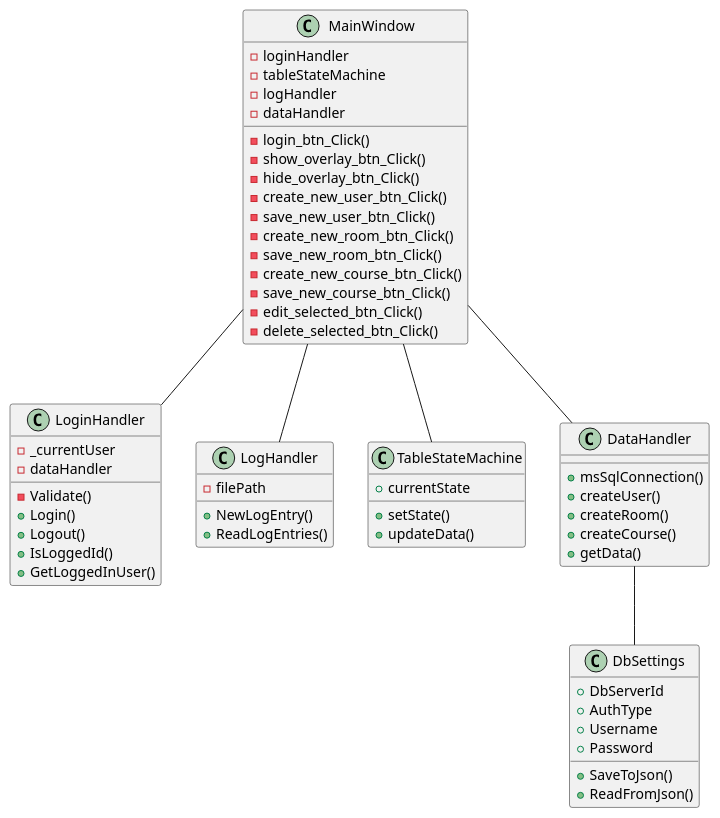
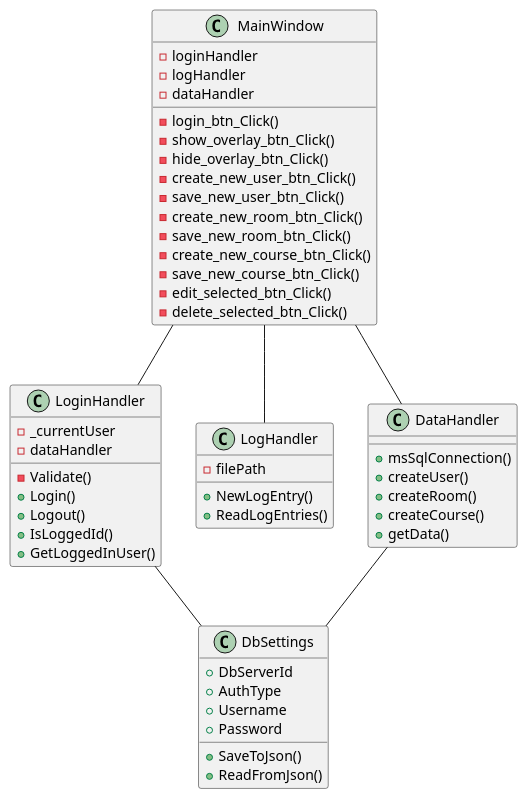
Before and after one commit to nick6480/Eksamensprojekt-2024: the diagram in dokumentation/diagrammer/AdminUI_class.puml, drawn with PlantUML.

```diff
--- a/dokumentation/diagrammer/AdminUI_class.puml
+++ b/dokumentation/diagrammer/AdminUI_class.puml
@@ -1,68 +1,62 @@
 @startuml
 class MainWindow {
     - loginHandler
-    - tableStateMachine
     - logHandler
     - dataHandler
 
     - login_btn_Click()
     - show_overlay_btn_Click()
     - hide_overlay_btn_Click()
     - create_new_user_btn_Click()
     - save_new_user_btn_Click()
     - create_new_room_btn_Click()
     - save_new_room_btn_Click()
     - create_new_course_btn_Click()
     - save_new_course_btn_Click()
     - edit_selected_btn_Click()
     - delete_selected_btn_Click()
 }
 
 class LoginHandler {
     - _currentUser
     - dataHandler
 
     -Validate()
     +Login()
     +Logout()
     +IsLoggedId()
     +GetLoggedInUser()
 }
 
 class LogHandler {
     - filePath
 
     +NewLogEntry()
     +ReadLogEntries()
 }
 
-class TableStateMachine {
-    + currentState
-    +setState()
-    +updateData()
-}
 
 class DbSettings {
     + DbServerId
     + AuthType
     + Username
     + Password
 
     + SaveToJson()
     + ReadFromJson()
 }
 
 class DataHandler {
     + msSqlConnection()
     + createUser()
     + createRoom()
     + createCourse()
     + getData()
 }
 
 MainWindow -- LoginHandler
 MainWindow -- LogHandler
-MainWindow -- TableStateMachine
 MainWindow -- DataHandler
 DataHandler -- DbSettings
+LoginHandler -- DbSettings
 @enduml
```
